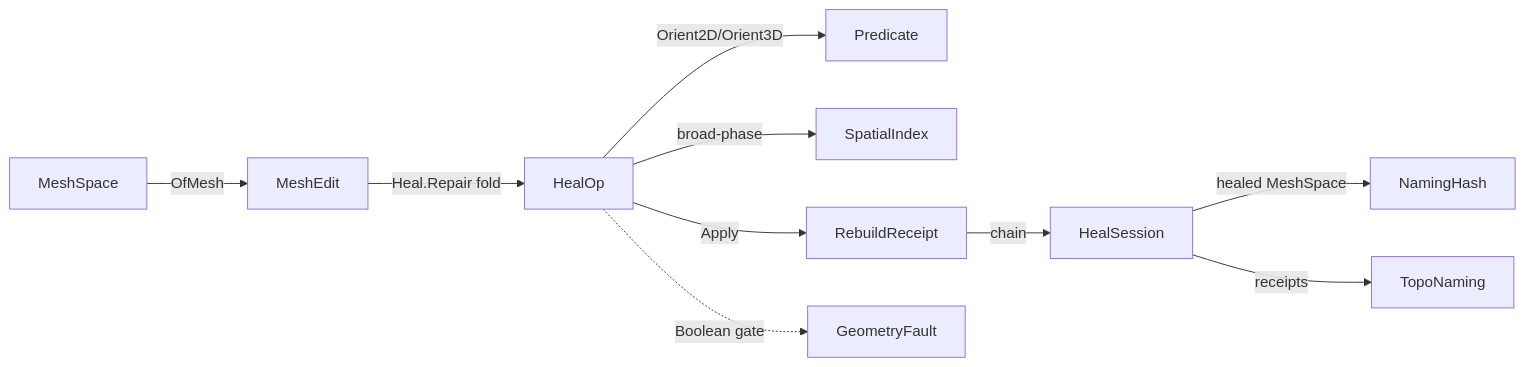
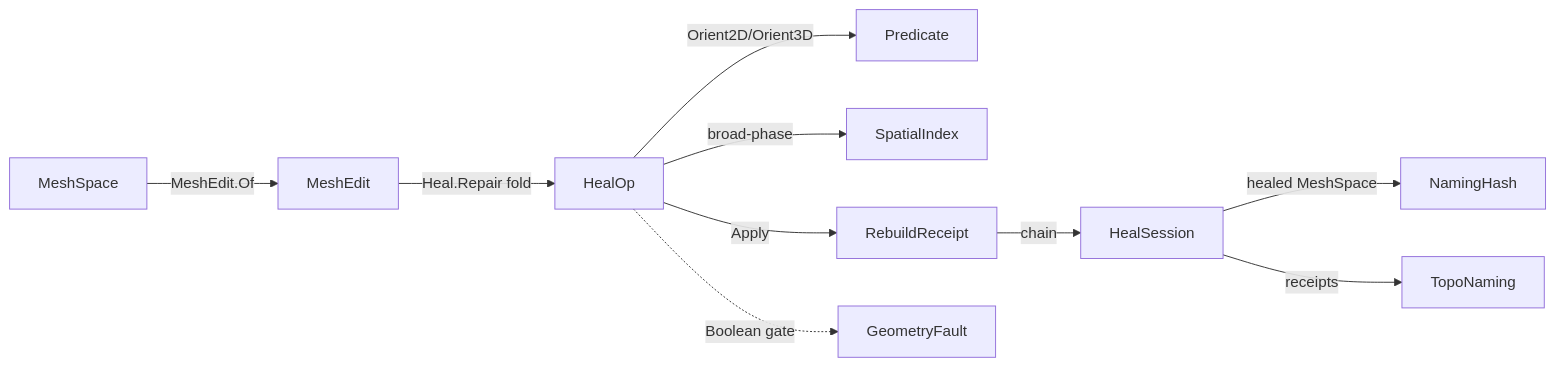
Before and after one commit to bsamiee/Rasm: the diagram in libs/csharp/Rasm/.planning/Processing/repair.md, drawn with Mermaid. The commit also changed other lines of this file and 63 other files, not shown here.

````diff
--- a/libs/csharp/Rasm/.planning/Processing/repair.md
+++ b/libs/csharp/Rasm/.planning/Processing/repair.md
@@ -405,12 +377,12 @@
 ```mermaid
 flowchart LR
-    MeshSpace -->|OfMesh| MeshEdit
+    MeshSpace -->|MeshEdit.Of| MeshEdit
     MeshEdit -->|Heal.Repair fold| HealOp
     HealOp -->|Orient2D/Orient3D| Predicate
     HealOp -->|broad-phase| SpatialIndex
     HealOp -->|Apply| RebuildReceipt
     RebuildReceipt -->|chain| HealSession
     HealSession -->|healed MeshSpace| NamingHash
     HealSession -->|receipts| TopoNaming
     HealOp -.->|Boolean gate| GeometryFault
 ```
````
